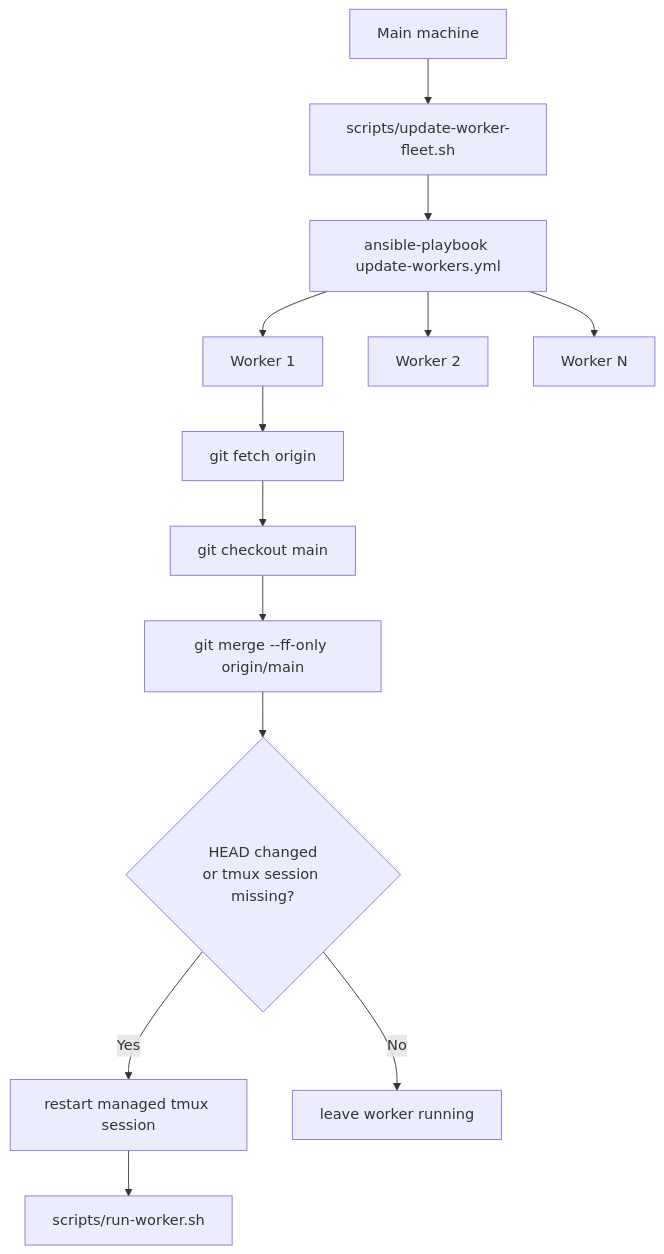
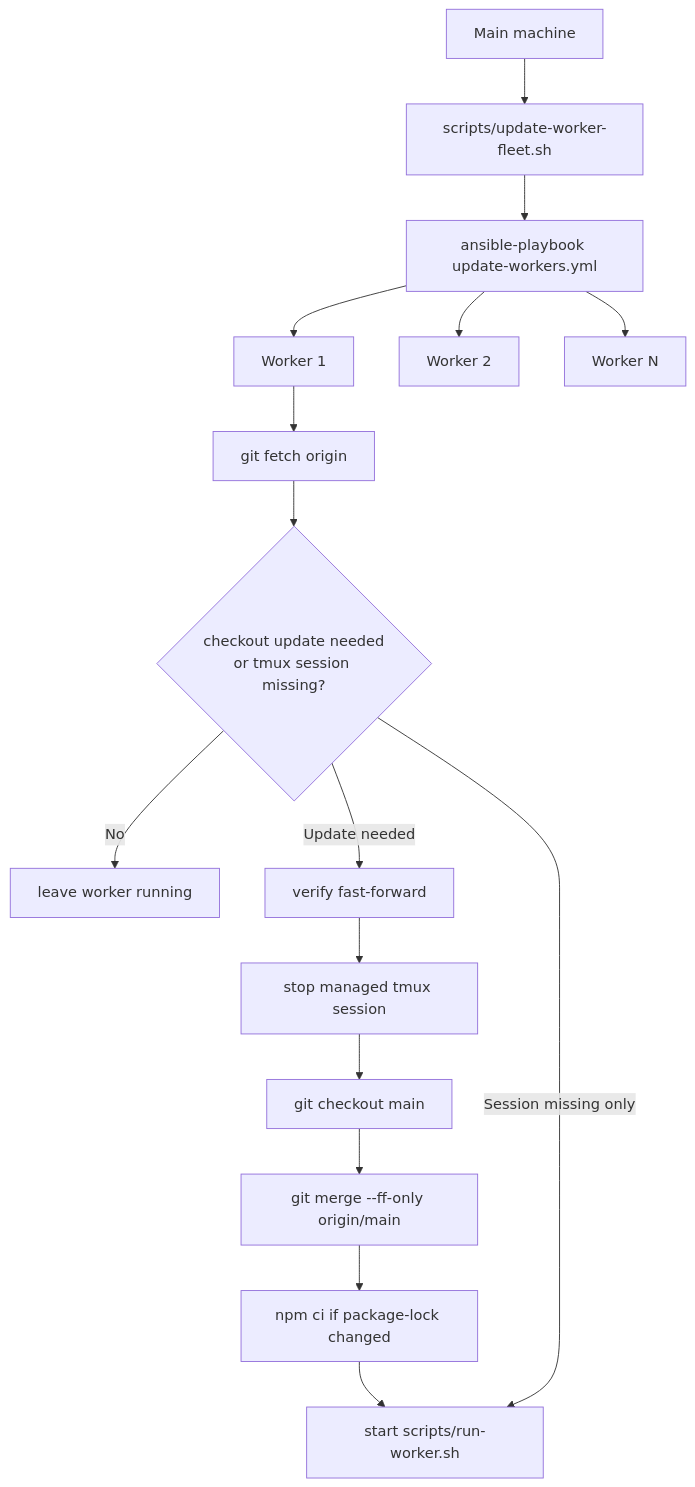
Before and after one commit to ivanmijatovic89/polymarket-bot: the diagram in docs/backtest/worker-fleet-ansible.md, drawn with Mermaid. The commit also changed other lines of this file and 1 other file, not shown here.

Commit message:
Stop workers before fleet checkout updates

````diff
--- a/docs/backtest/worker-fleet-ansible.md
+++ b/docs/backtest/worker-fleet-ansible.md
@@ -37,16 +37,19 @@
 ```mermaid
 flowchart TD
     A[Main machine] --> B["scripts/update-worker-fleet.sh"]
     B --> C["ansible-playbook update-workers.yml"]
     C --> D[Worker 1]
     C --> E[Worker 2]
     C --> F[Worker N]
 
     D --> G["git fetch origin"]
-    G --> H["git checkout main"]
-    H --> I["git merge --ff-only origin/main"]
-    I --> J{"HEAD changed<br/>or tmux session missing?"}
-    J -- Yes --> K["restart managed tmux session"]
-    J -- No --> L["leave worker running"]
-    K --> M["scripts/run-worker.sh"]
+    G --> H{"checkout update needed<br/>or tmux session missing?"}
+    H -- No --> I["leave worker running"]
+    H -- "Update needed" --> J["verify fast-forward"]
+    J --> K["stop managed tmux session"]
+    K --> L["git checkout main"]
+    L --> M["git merge --ff-only origin/main"]
+    M --> N["npm ci if package-lock changed"]
+    N --> O["start scripts/run-worker.sh"]
+    H -- "Session missing only" --> O
 ```
````
